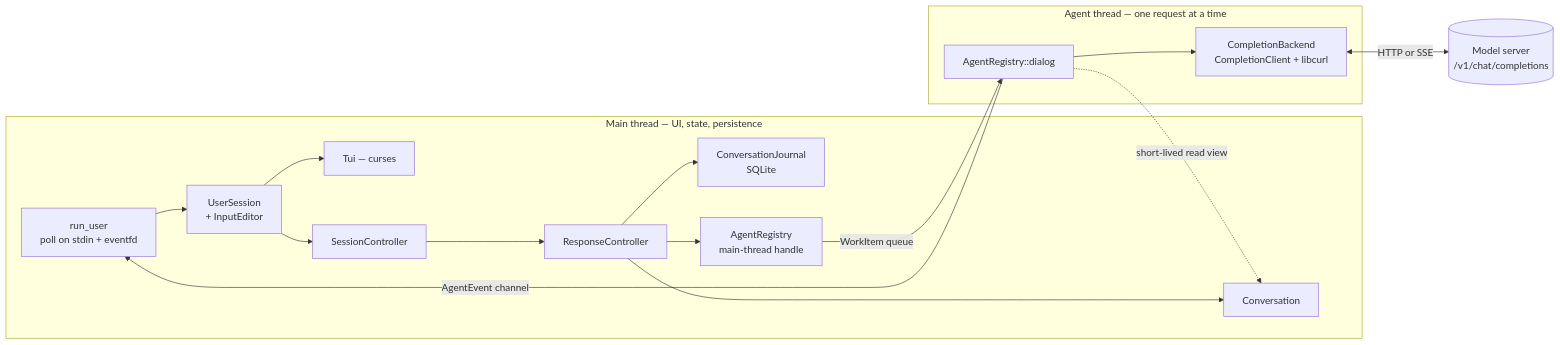
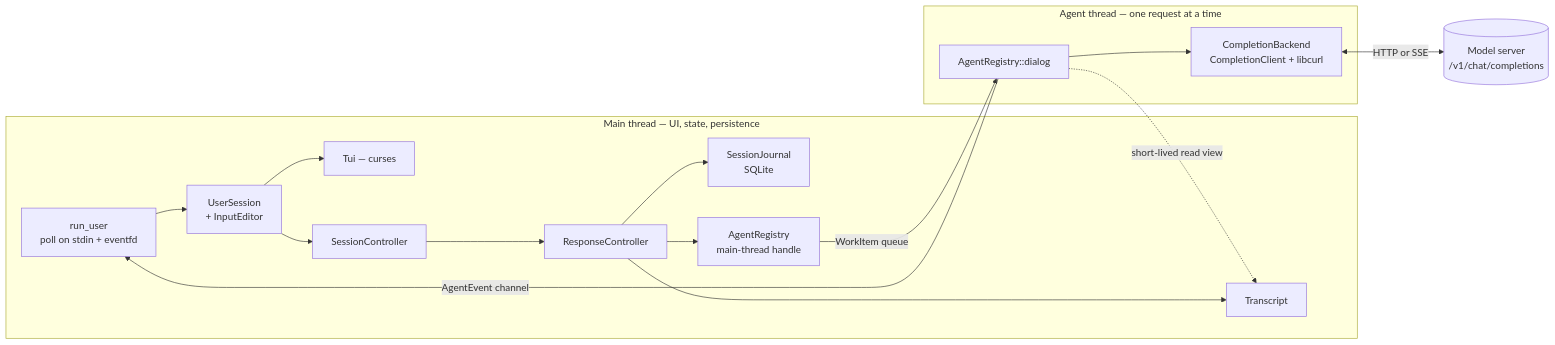
Before and after one commit to michaelpopov/cha: the first of 4 diagrams in src/README.md, drawn with Mermaid. The commit also changed other lines of this file and 48 other files, not shown here.

````diff
--- a/src/README.md
+++ b/src/README.md
@@ -75,33 +83,33 @@
 ```mermaid
 flowchart LR
     subgraph mainthread["Main thread — UI, state, persistence"]
         loop["run_user<br/>poll on stdin + eventfd"]
         usession["UserSession<br/>+ InputEditor"]
         tui["Tui — curses"]
         controller["SessionController"]
         resp["ResponseController"]
-        conv["Conversation"]
-        journal["ConversationJournal<br/>SQLite"]
+        conv["Transcript"]
+        journal["SessionJournal<br/>SQLite"]
         registry["AgentRegistry<br/>main-thread handle"]
     end
 
     subgraph agentthread["Agent thread — one request at a time"]
         dialog["AgentRegistry::dialog"]
         backend["CompletionBackend<br/>CompletionClient + libcurl"]
     end
 
     provider[("Model server<br/>/v1/chat/completions")]
 
     loop --> usession
     usession --> tui
     usession --> controller
     controller --> resp
     resp --> conv
     resp --> journal
     resp --> registry
     registry -->|"WorkItem queue"| dialog
     dialog --> backend
     backend <-->|"HTTP or SSE"| provider
     dialog -->|"AgentEvent channel"| loop
     dialog -.->|"short-lived read view"| conv
 ```
````
